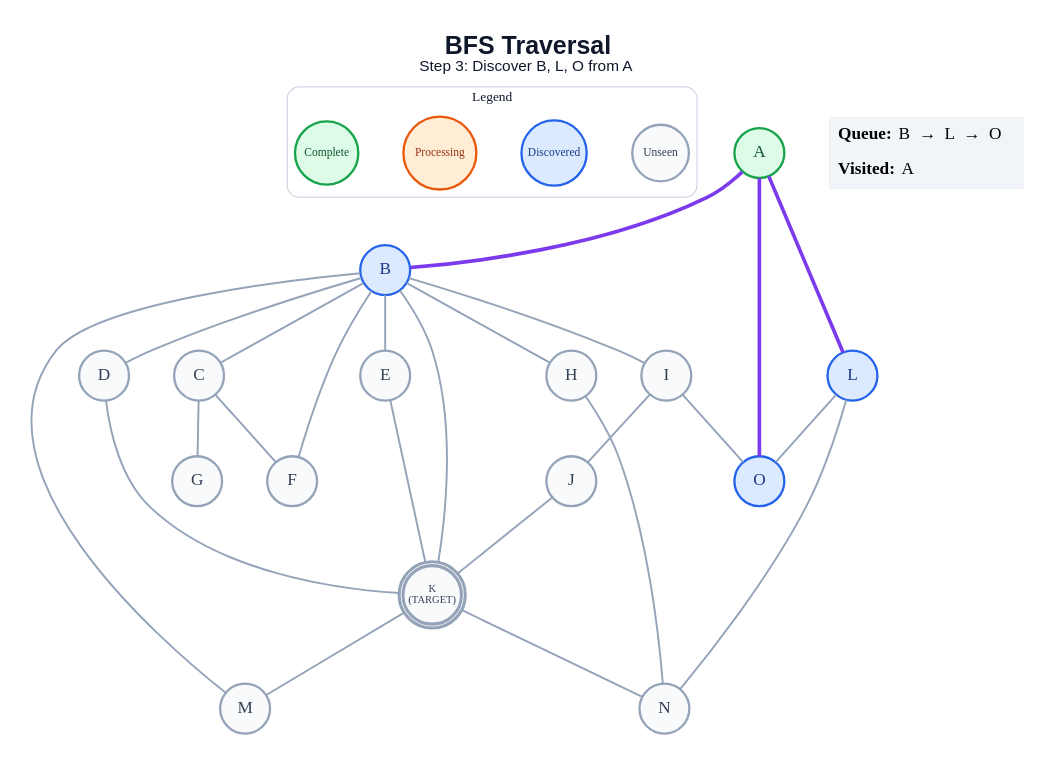
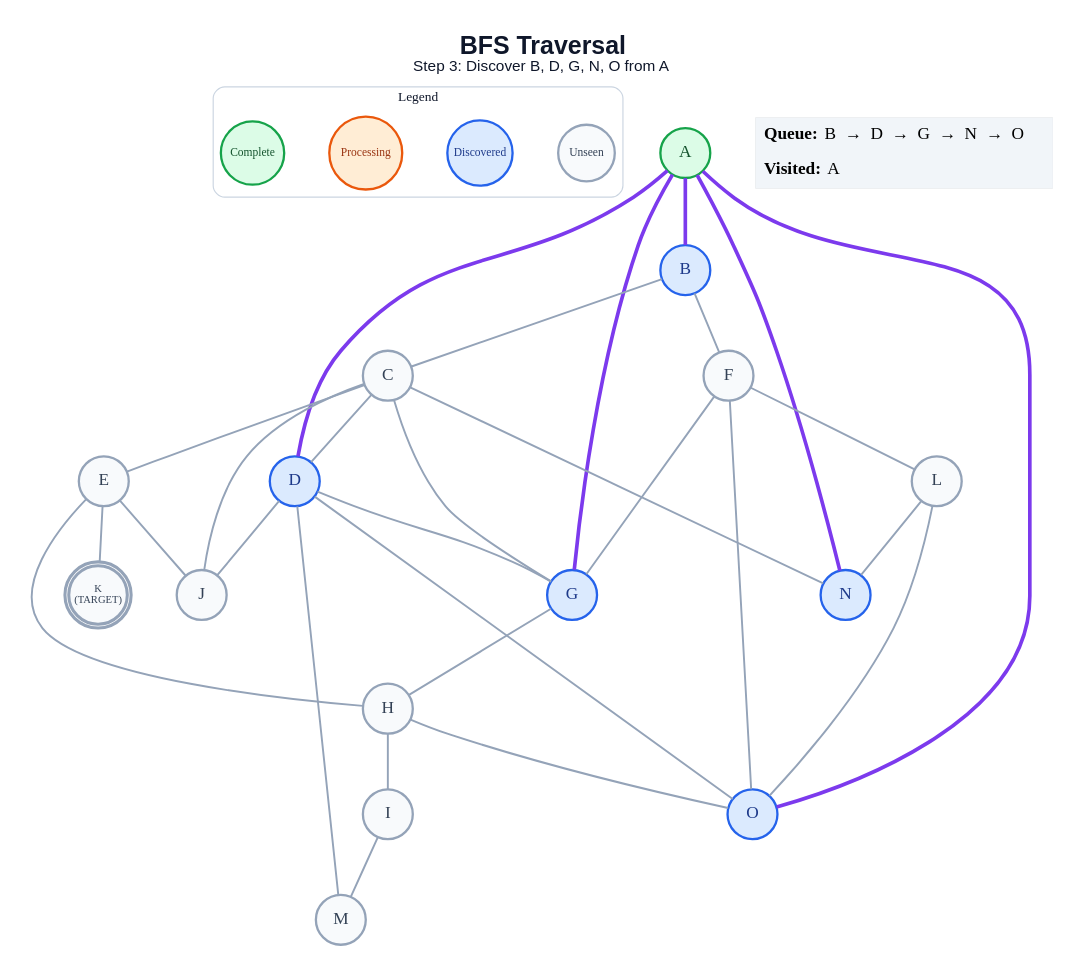
Before and after one commit to anon7238593-create/ai-slop: the diagram in generated/specific-node/bfs/step_03.dot, drawn with Graphviz. The commit also changed 304 other files, not shown here.

```diff
--- a/generated/specific-node/bfs/step_03.dot
+++ b/generated/specific-node/bfs/step_03.dot
@@ -1,57 +1,62 @@
 graph traversal {
   graph [layout=dot, rankdir=TB, bgcolor="#FFFFFF", pad="0.35", nodesep="0.65", ranksep="0.8", fontname="Arial"];
   node [shape=circle, style="filled", fontname="Arial Bold", fontsize=18, width=0.72, fixedsize=true, penwidth=2.4];
   edge [color="#94A3B8", penwidth=2.0];
-  label=<<B>BFS Traversal</B><BR/><FONT POINT-SIZE="16">Step 3: Discover B, L, O from A</FONT>>; labelloc="t"; fontsize=26; fontname="Arial"; fontcolor="#0F172A";
+  label=<<B>BFS Traversal</B><BR/><FONT POINT-SIZE="16">Step 3: Discover B, D, G, N, O from A</FONT>>; labelloc="t"; fontsize=26; fontname="Arial"; fontcolor="#0F172A";
   subgraph cluster_legend { label="Legend"; color="#CBD5E1"; penwidth=1.2; style="rounded"; fontsize=14; fontname="Arial Bold";
     key_unseen [label="Unseen", fillcolor="#F8FAFC", color="#94A3B8", fontcolor="#334155", fontsize=12, width=0.82];
     key_frontier [label="Discovered", fillcolor="#DBEAFE", color="#2563EB", fontcolor="#1E3A8A", fontsize=12, width=0.95];
     key_current [label="Processing", fillcolor="#FFEDD5", color="#EA580C", fontcolor="#9A3412", fontsize=12, width=1.05];
     key_done [label="Complete", fillcolor="#DCFCE7", color="#16A34A", fontcolor="#14532D", fontsize=12, width=0.92];
     { rank=same; key_unseen; key_frontier; key_current; key_done; }
   }
   A [label="A", fillcolor="#DCFCE7", color="#16A34A", fontcolor="#14532D", peripheries=1, penwidth=2.4];
   B [label="B", fillcolor="#DBEAFE", color="#2563EB", fontcolor="#1E3A8A", peripheries=1, penwidth=2.4];
   C [label="C", fillcolor="#F8FAFC", color="#94A3B8", fontcolor="#334155", peripheries=1, penwidth=2.4];
-  D [label="D", fillcolor="#F8FAFC", color="#94A3B8", fontcolor="#334155", peripheries=1, penwidth=2.4];
+  D [label="D", fillcolor="#DBEAFE", color="#2563EB", fontcolor="#1E3A8A", peripheries=1, penwidth=2.4];
   E [label="E", fillcolor="#F8FAFC", color="#94A3B8", fontcolor="#334155", peripheries=1, penwidth=2.4];
   F [label="F", fillcolor="#F8FAFC", color="#94A3B8", fontcolor="#334155", peripheries=1, penwidth=2.4];
-  G [label="G", fillcolor="#F8FAFC", color="#94A3B8", fontcolor="#334155", peripheries=1, penwidth=2.4];
+  G [label="G", fillcolor="#DBEAFE", color="#2563EB", fontcolor="#1E3A8A", peripheries=1, penwidth=2.4];
   H [label="H", fillcolor="#F8FAFC", color="#94A3B8", fontcolor="#334155", peripheries=1, penwidth=2.4];
   I [label="I", fillcolor="#F8FAFC", color="#94A3B8", fontcolor="#334155", peripheries=1, penwidth=2.4];
   J [label="J", fillcolor="#F8FAFC", color="#94A3B8", fontcolor="#334155", peripheries=1, penwidth=2.4];
   K [label="K\n(TARGET)", fillcolor="#F8FAFC", color="#94A3B8", fontcolor="#334155", peripheries=2, penwidth=3.2, fontsize=11, width=0.85, height=0.85];
-  L [label="L", fillcolor="#DBEAFE", color="#2563EB", fontcolor="#1E3A8A", peripheries=1, penwidth=2.4];
+  L [label="L", fillcolor="#F8FAFC", color="#94A3B8", fontcolor="#334155", peripheries=1, penwidth=2.4];
   M [label="M", fillcolor="#F8FAFC", color="#94A3B8", fontcolor="#334155", peripheries=1, penwidth=2.4];
-  N [label="N", fillcolor="#F8FAFC", color="#94A3B8", fontcolor="#334155", peripheries=1, penwidth=2.4];
+  N [label="N", fillcolor="#DBEAFE", color="#2563EB", fontcolor="#1E3A8A", peripheries=1, penwidth=2.4];
   O [label="O", fillcolor="#DBEAFE", color="#2563EB", fontcolor="#1E3A8A", peripheries=1, penwidth=2.4];
   A -- B [color="#7C3AED", penwidth=3.8];
-  A -- L [color="#7C3AED", penwidth=3.8];
+  A -- D [color="#7C3AED", penwidth=3.8];
+  A -- G [color="#7C3AED", penwidth=3.8];
+  A -- N [color="#7C3AED", penwidth=3.8];
   A -- O [color="#7C3AED", penwidth=3.8];
   B -- C;
-  B -- D;
-  B -- E;
   B -- F;
-  B -- H;
-  B -- I;
-  B -- K;
-  B -- M;
-  C -- F;
+  C -- D;
+  C -- E;
   C -- G;
-  D -- K;
+  C -- J;
+  C -- N;
+  D -- G;
+  D -- J;
+  D -- M;
+  D -- O;
+  E -- H;
+  E -- J;
   E -- K;
-  H -- N;
-  I -- J;
-  I -- O;
-  J -- K;
-  K -- M;
-  K -- N;
+  F -- G;
+  F -- L;
+  F -- O;
+  G -- H;
+  H -- I;
+  H -- O;
+  I -- M;
   L -- N;
   L -- O;
   status [shape=plain, fixedsize=false, width=0, height=0, margin=0, label=<
     <TABLE BORDER="0" CELLBORDER="0" CELLPADDING="7" BGCOLOR="#F1F5F9">
-      <TR><TD ALIGN="LEFT"><B>Queue:</B> B  →  L  →  O</TD></TR>
+      <TR><TD ALIGN="LEFT"><B>Queue:</B> B  →  D  →  G  →  N  →  O</TD></TR>
       <TR><TD ALIGN="LEFT"><B>Visited:</B> A</TD></TR>
     </TABLE>
   >];
 }
```
